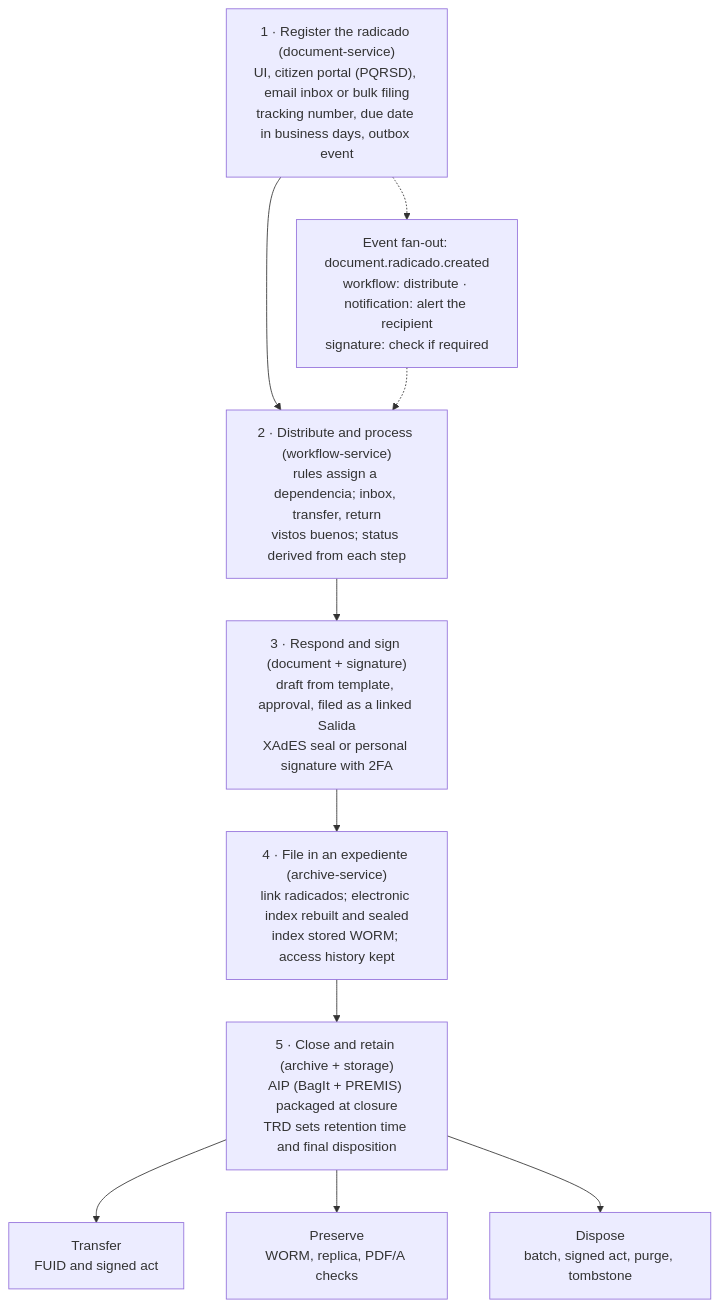
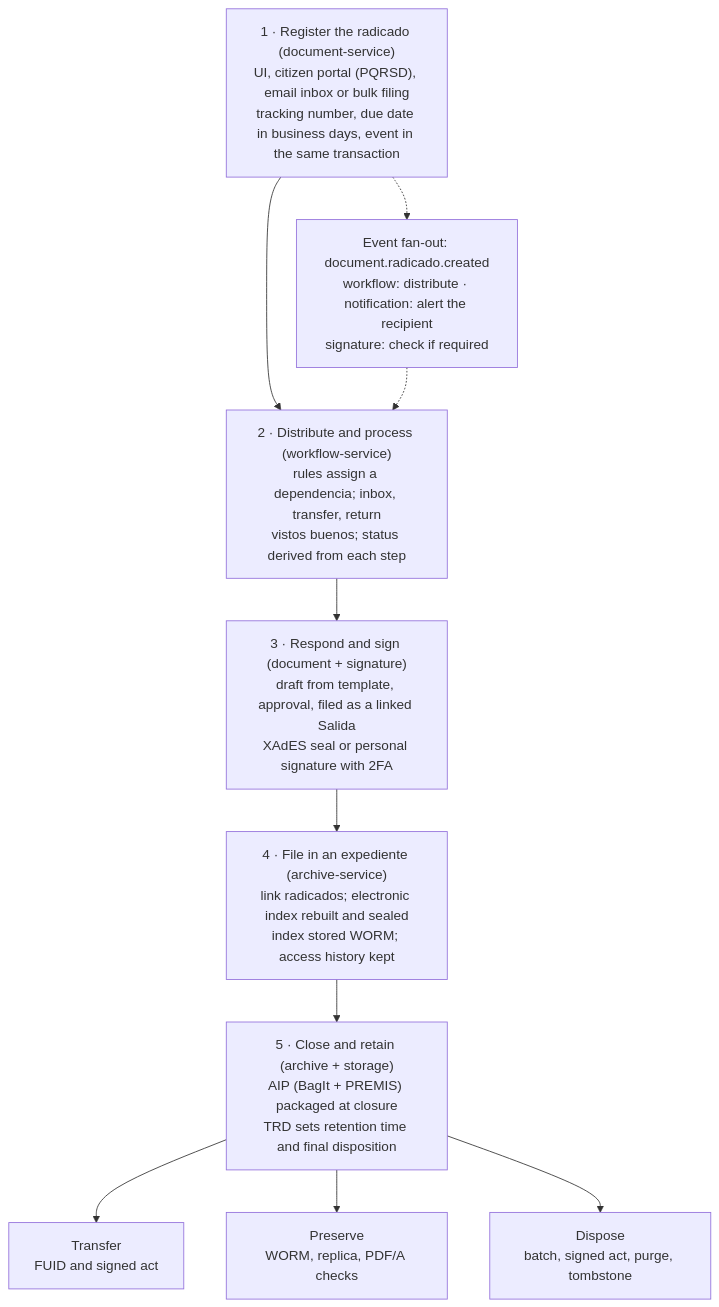
The second of 2 diagrams in docs/en/technical-reference.md (camilo1rp/docuboto), drawn with Mermaid before and after one commit. The commit also changed other lines of this file and 41 other files, not shown here.

````diff
--- a/docs/en/technical-reference.md
+++ b/docs/en/technical-reference.md
@@ -451,18 +449,18 @@
 ```mermaid
 graph TB
-    S1["1 · Register the radicado (document-service)<br/>UI, citizen portal (PQRSD), email inbox or bulk filing<br/>tracking number, due date in business days, outbox event"]
+    S1["1 · Register the radicado (document-service)<br/>UI, citizen portal (PQRSD), email inbox or bulk filing<br/>tracking number, due date in business days, event in the same transaction"]
     S2["2 · Distribute and process (workflow-service)<br/>rules assign a dependencia; inbox, transfer, return<br/>vistos buenos; status derived from each step"]
     S3["3 · Respond and sign (document + signature)<br/>draft from template, approval, filed as a linked Salida<br/>XAdES seal or personal signature with 2FA"]
     S4["4 · File in an expediente (archive-service)<br/>link radicados; electronic index rebuilt and sealed<br/>index stored WORM; access history kept"]
     S5["5 · Close and retain (archive + storage)<br/>AIP (BagIt + PREMIS) packaged at closure<br/>TRD sets retention time and final disposition"]
     EV["Event fan-out: document.radicado.created<br/>workflow: distribute · notification: alert the recipient<br/>signature: check if required"]
     T["Transfer<br/>FUID and signed act"]
     P["Preserve<br/>WORM, replica, PDF/A checks"]
     D["Dispose<br/>batch, signed act, purge, tombstone"]
 
     S1 --> S2 --> S3 --> S4 --> S5
     S1 -.-> EV -.-> S2
     S5 --> T
     S5 --> P
     S5 --> D
 ```
````
